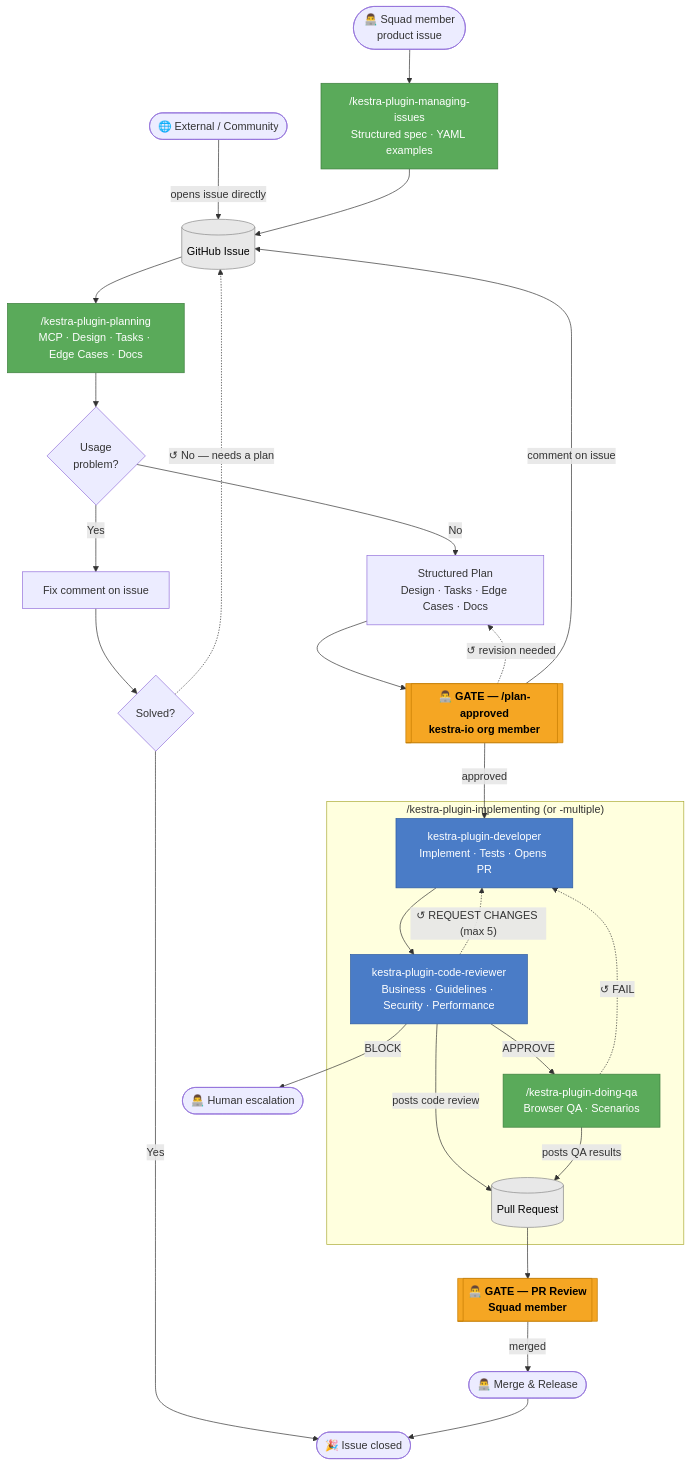
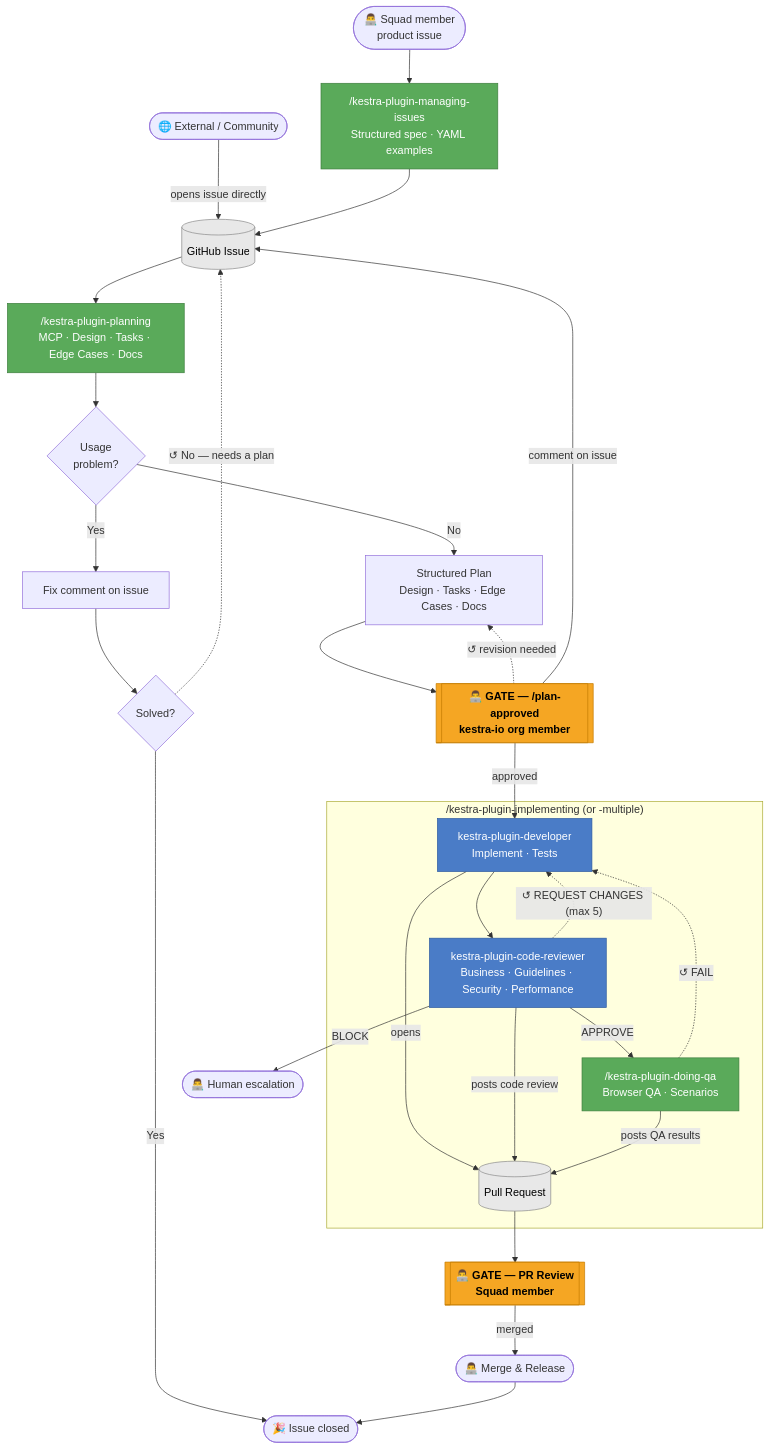
The diagram in src/contents/blogs/context-engineering-plugins-squad/index.md (kestra-io/docs), drawn with Mermaid before and after one commit.

Commit message:
docs: explicit opens arrow from developer to PR, remove Opens PR label

````diff
--- a/src/contents/blogs/context-engineering-plugins-squad/index.md
+++ b/src/contents/blogs/context-engineering-plugins-squad/index.md
@@ -90,45 +90,46 @@
 ```mermaid
 flowchart TD
     EXT(["🌐 External / Community"]) -->|"opens issue directly"| GH
     A(["👨‍💻 Squad member\nproduct issue"]) --> B
     B["/kestra-plugin-managing-issues\nStructured spec · YAML examples"] --> GH
     GH[(GitHub Issue)] --> C
     C["/kestra-plugin-planning\nMCP · Design · Tasks · Edge Cases · Docs"] --> D{Usage\nproblem?}
     D -->|Yes| E[Fix comment on issue]
     E --> S{Solved?}
     S -->|Yes| DONE(["🎉 Issue closed"])
     S -.->|"↺ No — needs a plan"| GH
     D -->|No| F["Structured Plan\nDesign · Tasks · Edge Cases · Docs"]
     F --> G[["👨‍💻 GATE — /plan-approved\nkestra-io org member"]]
     G -.->|"↺ revision needed"| F
     G -->|"comment on issue"| GH
     G -->|approved| I
 
     subgraph IMPL["/kestra-plugin-implementing (or -multiple)"]
-        I["kestra-plugin-developer\nImplement · Tests · Opens PR"]
+        I["kestra-plugin-developer\nImplement · Tests"]
         J["kestra-plugin-code-reviewer\nBusiness · Guidelines · Security · Performance"]
         L["/kestra-plugin-doing-qa\nBrowser QA · Scenarios"]
         PR[(Pull Request)]
+        I -->|"opens"| PR
         I --> J
         J -.->|"↺ REQUEST CHANGES (max 5)"| I
         J -->|APPROVE| L
         J -->|"posts code review"| PR
         L -.->|"↺ FAIL"| I
         L -->|"posts QA results"| PR
     end
 
     J -->|BLOCK| K(["👨‍💻 Human escalation"])
     PR --> M[["👨‍💻 GATE — PR Review\nSquad member"]]
     M -->|merged| N(["👨‍💻 Merge & Release"])
     N --> DONE
 
     classDef humanGate fill:#f5a623,stroke:#c47d00,color:#000,font-weight:bold
     classDef agentStep fill:#4a7cc7,stroke:#2c5aa0,color:#fff
     classDef skillStep fill:#5aaa5a,stroke:#3d7d3d,color:#fff
     classDef artifact fill:#e8e8e8,stroke:#888,color:#000
 
     class G,M humanGate
     class I,J agentStep
     class B,C,L skillStep
     class GH,PR artifact
 ```
````
